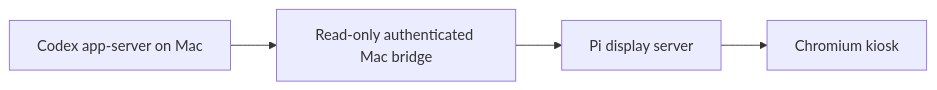
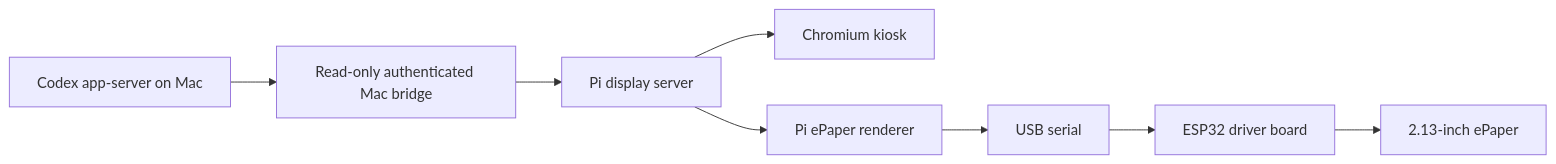
The diagram in README.md (emileaublet/codex-companion-rpi), drawn with Mermaid before and after one commit. The commit also changed other lines of this file and 13 other files, not shown here.

Commit message:
Add ESP32 ePaper Codex status display

````diff
--- a/README.md
+++ b/README.md
@@ -9,6 +9,10 @@
 ```mermaid
 flowchart LR
   A[Codex app-server on Mac] --> B[Read-only authenticated Mac bridge]
   B --> C[Pi display server]
   C --> D[Chromium kiosk]
+  C --> E[Pi ePaper renderer]
+  E --> F[USB serial]
+  F --> G[ESP32 driver board]
+  G --> H[2.13-inch ePaper]
 ```
````
